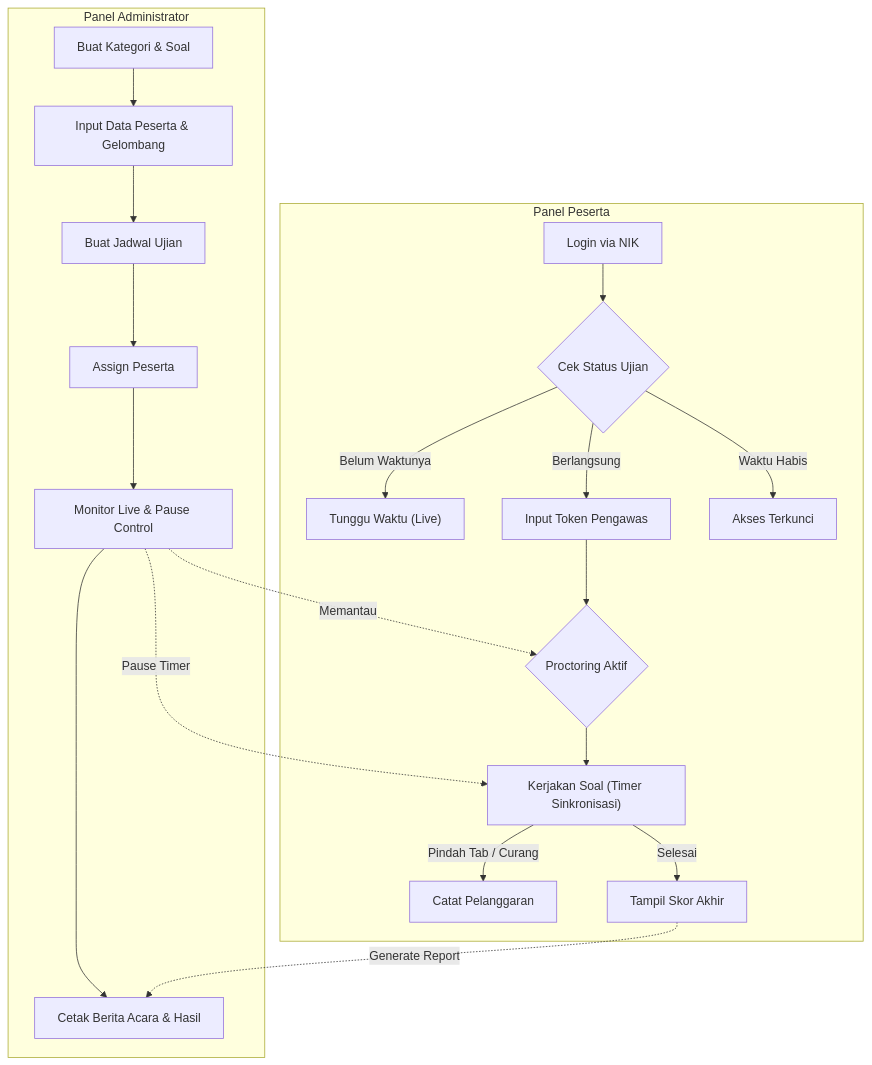
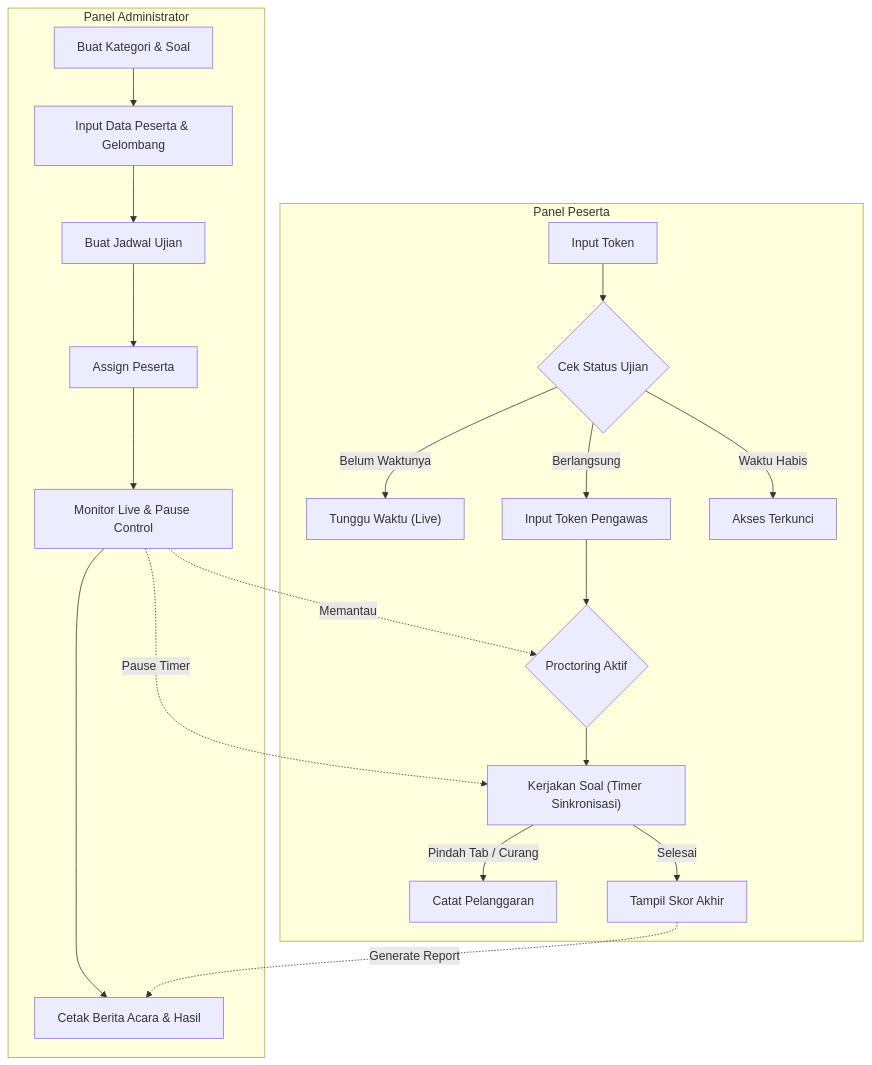
The diagram in README.md (bagusaliakbar/cat-unsub), drawn with Mermaid before and after one commit.

Commit message:
Update participant flow in README

````diff
--- a/README.md
+++ b/README.md
@@ -56,30 +56,30 @@
 ```mermaid
 flowchart TD
     %% Administrator Flow
     subgraph Admin ["Panel Administrator"]
         A1["Buat Kategori & Soal"] --> A2["Input Data Peserta & Gelombang"]
         A2 --> A3["Buat Jadwal Ujian"]
         A3 --> A4["Assign Peserta"]
         A4 --> A5["Monitor Live & Pause Control"]
         A5 --> A6["Cetak Berita Acara & Hasil"]
     end
 
     %% Participant Flow
     subgraph Peserta ["Panel Peserta"]
-        P1["Login via NIK"] --> P2{"Cek Status Ujian"}
+        P1["Input Token"] --> P2{"Cek Status Ujian"}
         
         P2 -- Belum Waktunya --> P3["Tunggu Waktu (Live)"]
         P2 -- Berlangsung --> P4["Input Token Pengawas"]
         P2 -- Waktu Habis --> Px["Akses Terkunci"]
         
         P4 --> P5{"Proctoring Aktif"}
         P5 --> P6["Kerjakan Soal (Timer Sinkronisasi)"]
         
         P6 -- Pindah Tab / Curang --> P7["Catat Pelanggaran"]
         P6 -- Selesai --> P8["Tampil Skor Akhir"]
     end
 
     A5 -. Memantau .-> P5
     A5 -. Pause Timer .-> P6
     P8 -. Generate Report .-> A6
 ```
````
